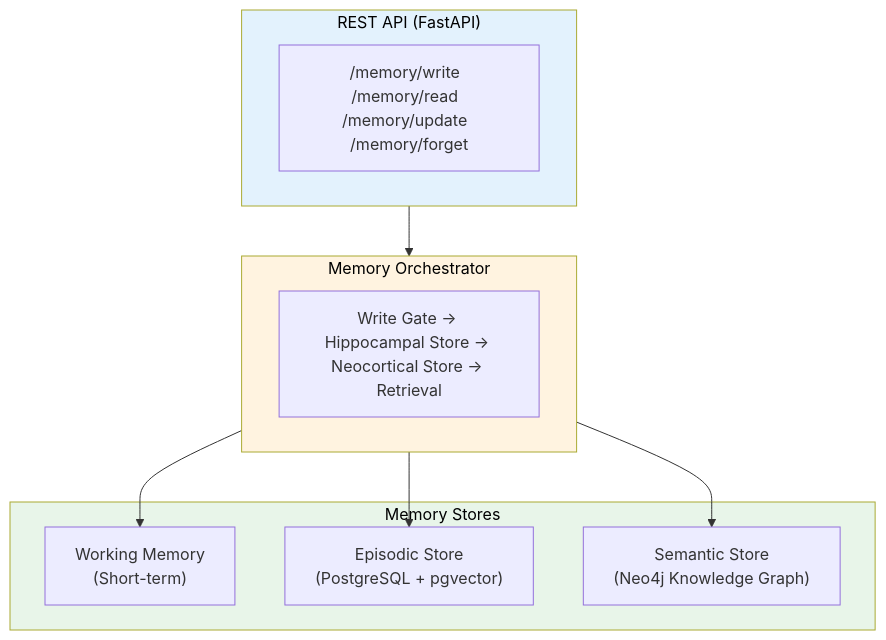
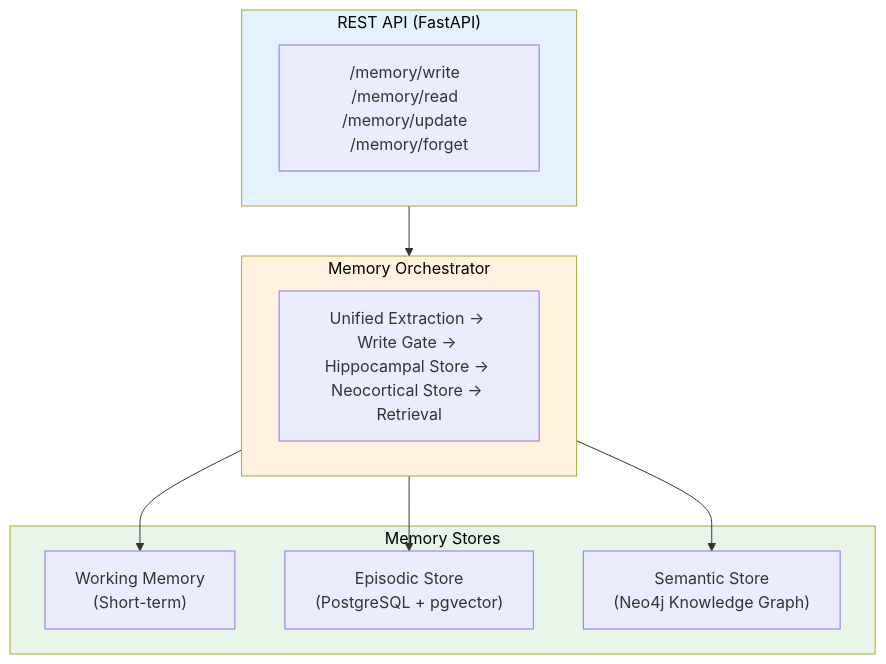
Before and after one commit to avinash-mall/CognitiveMemoryLayer: the first of 2 diagrams in ProjectPlan/UsageDocumentation.md, drawn with Mermaid. The commit also changed other lines of this file and 54 other files, not shown here.

````diff
--- a/ProjectPlan/UsageDocumentation.md
+++ b/ProjectPlan/UsageDocumentation.md
@@ -35,23 +35,23 @@
 ```mermaid
 flowchart TB
     subgraph API["REST API (FastAPI)"]
         endpoints["/memory/write  /memory/read  /memory/update  /memory/forget"]
     end
     
     subgraph Orch["Memory Orchestrator"]
-        flow["Write Gate → Hippocampal Store → Neocortical Store → Retrieval"]
+        flow["Unified Extraction → Write Gate → Hippocampal Store → Neocortical Store → Retrieval"]
     end
     
     subgraph Stores["Memory Stores"]
         working["Working Memory<br/>(Short-term)"]
         episodic["Episodic Store<br/>(PostgreSQL + pgvector)"]
         semantic["Semantic Store<br/>(Neo4j Knowledge Graph)"]
     end
     
     API --> Orch
     Orch --> working & episodic & semantic
 
     style API fill:#e3f2fd,color:#000
     style Orch fill:#fff3e0,color:#000
     style Stores fill:#e8f5e9,color:#000
 ```
````
